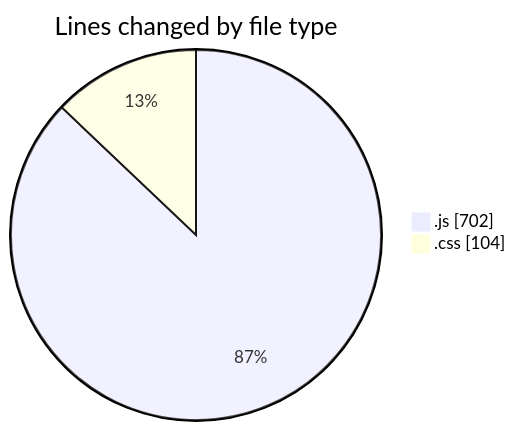
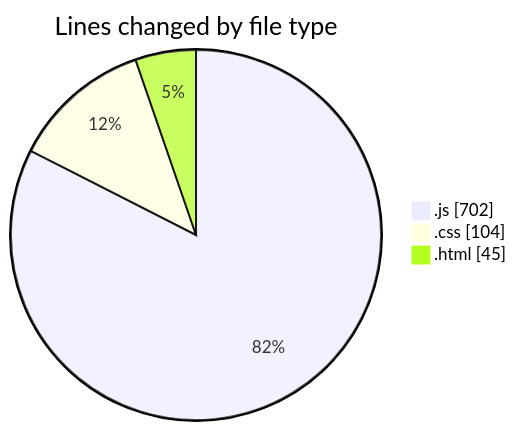
One commit to Ritupan-Deka/code-tracking changed the first of 2 diagrams in 2025-07-20/mern-workoutboard/README.md. Above: the diagram before and after it, drawn with Mermaid. The commit also changed other lines of this file and 1 other file, not shown here.

````diff
--- a/2025-07-20/mern-workoutboard/README.md
+++ b/2025-07-20/mern-workoutboard/README.md
@@ -27,6 +28,7 @@
 ```mermaid
 pie showData
 title Lines changed by file type
 ".js" : 702
 ".css" : 104
+".html" : 45
 ```
````
